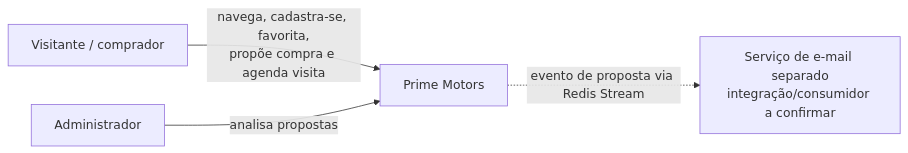
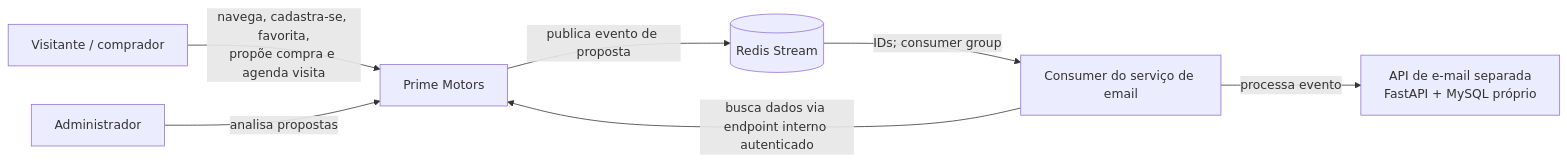
Before and after one commit to PrimeMotors-AF/PrimeMotors-Mobile: the first of 3 diagrams in docs/arquitetura-e-rubrica.md, drawn with Mermaid. The commit also changed other lines of this file and 25 other files, not shown here.

````diff
--- a/docs/arquitetura-e-rubrica.md
+++ b/docs/arquitetura-e-rubrica.md
@@ -29,10 +31,15 @@
 ```mermaid
 flowchart LR
   visitante[Visitante / comprador]
   administrador[Administrador]
   sistema[Prime Motors]
-  email[Serviço de e-mail separado<br/>integração/consumidor a confirmar]
+  stream[(Redis Stream)]
+  consumer[Consumer do serviço de email]
+  email[API de e-mail separada<br/>FastAPI + MySQL próprio]
   visitante -->|navega, cadastra-se, favorita,<br/>propõe compra e agenda visita| sistema
   administrador -->|analisa propostas| sistema
-  sistema -.->|evento de proposta via Redis Stream| email
+  sistema -->|publica evento de proposta| stream
+  stream -->|IDs; consumer group| consumer
+  consumer -->|busca dados via endpoint interno autenticado| sistema
+  consumer -->|processa evento| email
 ```
````
